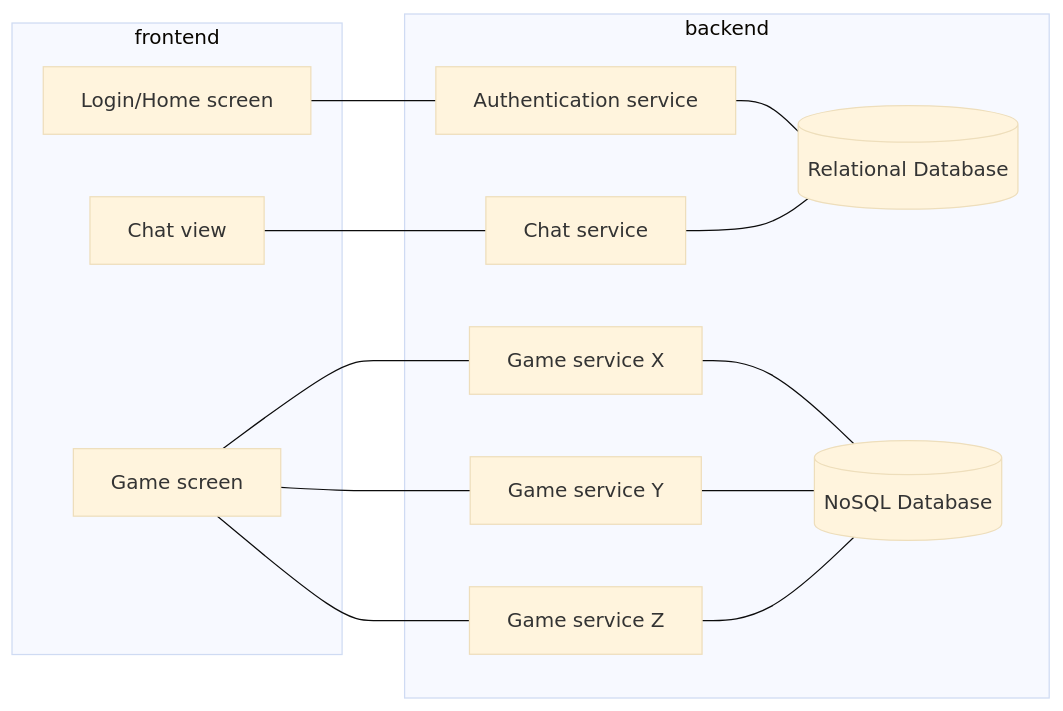
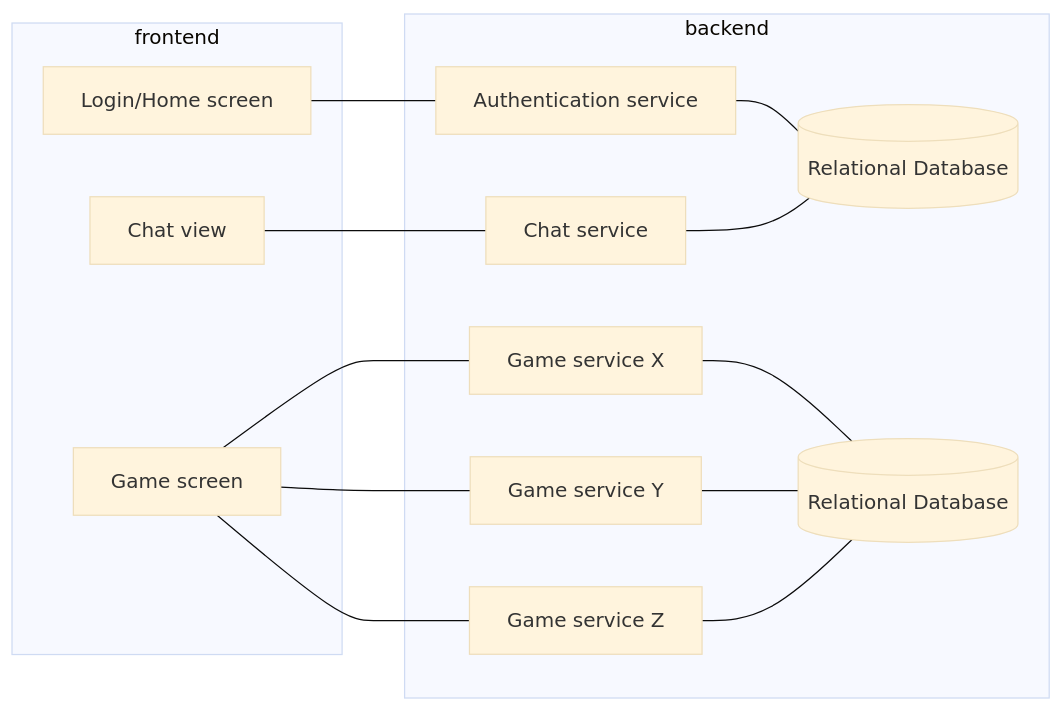
Before and after one commit to stickianempire/stickian: the diagram in documents/ARCHITECTURE.md, drawn with Mermaid (base theme). The commit also changed other lines of this file, not shown here.

First line of the commit message:
Relational database for everything! (#15)

````diff
--- a/documents/ARCHITECTURE.md
+++ b/documents/ARCHITECTURE.md
@@ -23,24 +22,24 @@
 ```mermaid
 flowchart LR
     subgraph frontend
         home[Login/Home screen]
         game[Game screen]
         game[Game screen]
         game[Game screen]
         chat[Chat view]
     end
     subgraph backend
         home --- auths
         auths[Authentication service] --- relationaldb
         game --- gameb1
         game --- gameb2
         game --- gameb3
         gameb1[Game service X] --- gamedb
         gameb2[Game service Y] --- gamedb
         gameb3[Game service Z] --- gamedb
         chat --- chatb
         chatb[Chat service] --- relationaldb
-        gamedb[(NoSQL Database)]
+        gamedb[(Relational Database)]
         relationaldb[(Relational Database)]
     end
 ```
````
